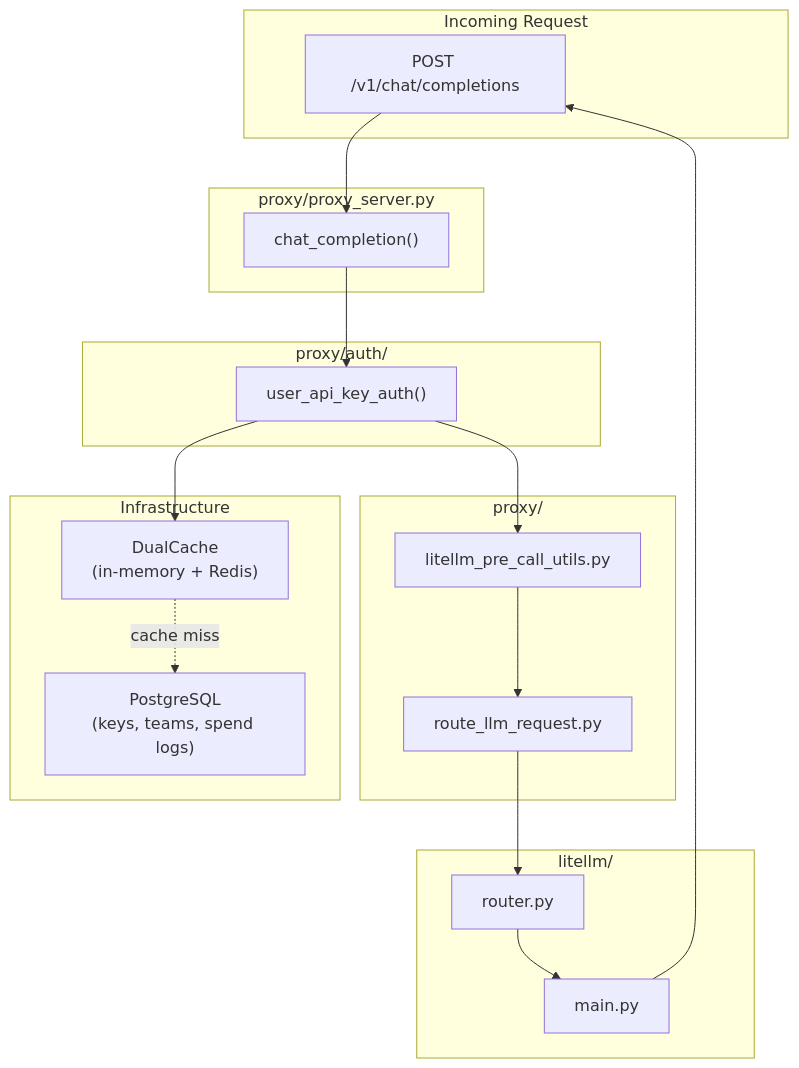
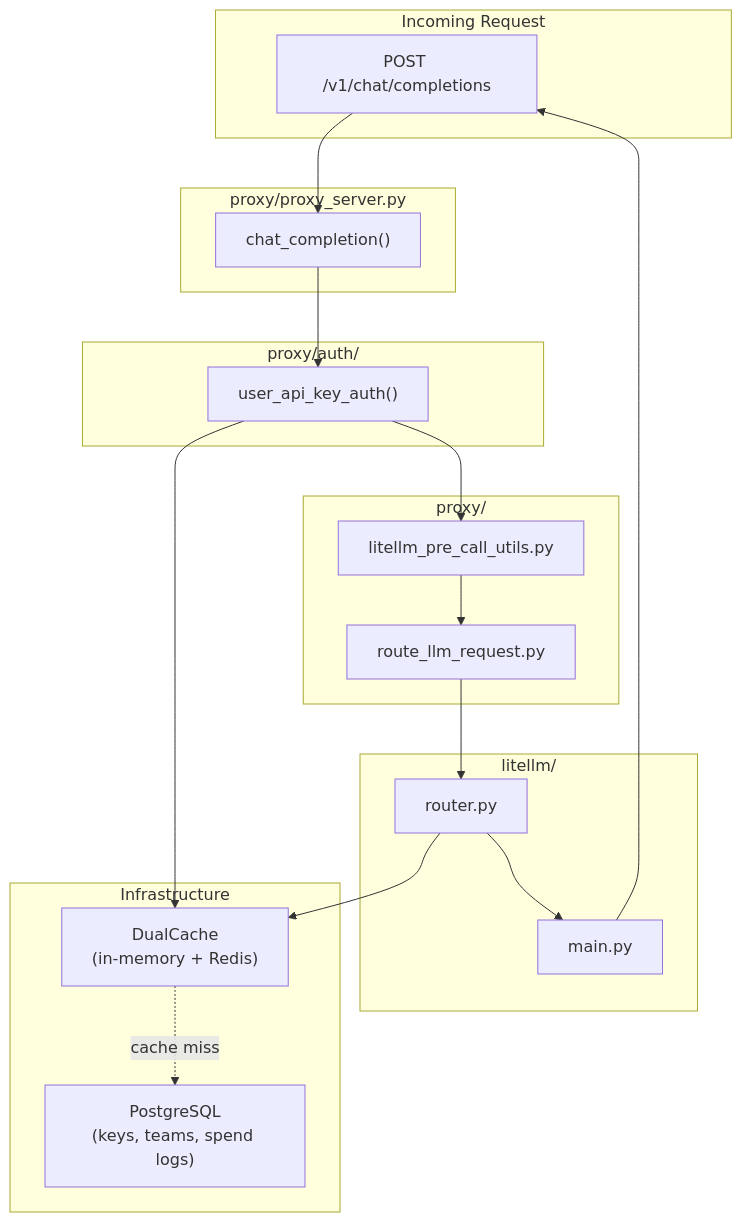
The second of 4 diagrams in ARCHITECTURE.md (BerriAI/litellm), drawn with Mermaid before and after one commit. The commit also changed other lines of this file, not shown here.

````diff
--- a/ARCHITECTURE.md
+++ b/ARCHITECTURE.md
@@ -70,39 +70,40 @@
 ```mermaid
 graph TD
     subgraph "Incoming Request"
         Client["POST /v1/chat/completions"]
     end
 
     subgraph "proxy/proxy_server.py"
         Endpoint["chat_completion()"]
     end
 
     subgraph "proxy/auth/"
         Auth["user_api_key_auth()"]
     end
 
     subgraph "proxy/"
         PreCall["litellm_pre_call_utils.py"]
         RouteRequest["route_llm_request.py"]
     end
 
     subgraph "litellm/"
         Router["router.py"]
         Main["main.py"]
     end
 
     subgraph "Infrastructure"
         DualCache["DualCache<br/>(in-memory + Redis)"]
         Postgres["PostgreSQL<br/>(keys, teams, spend logs)"]
     end
 
     Client --> Endpoint
     Endpoint --> Auth
     Auth --> DualCache
     DualCache -.->|cache miss| Postgres
     Auth --> PreCall
     PreCall --> RouteRequest
     RouteRequest --> Router
+    Router --> DualCache
     Router --> Main
     Main --> Client
 ```
````
